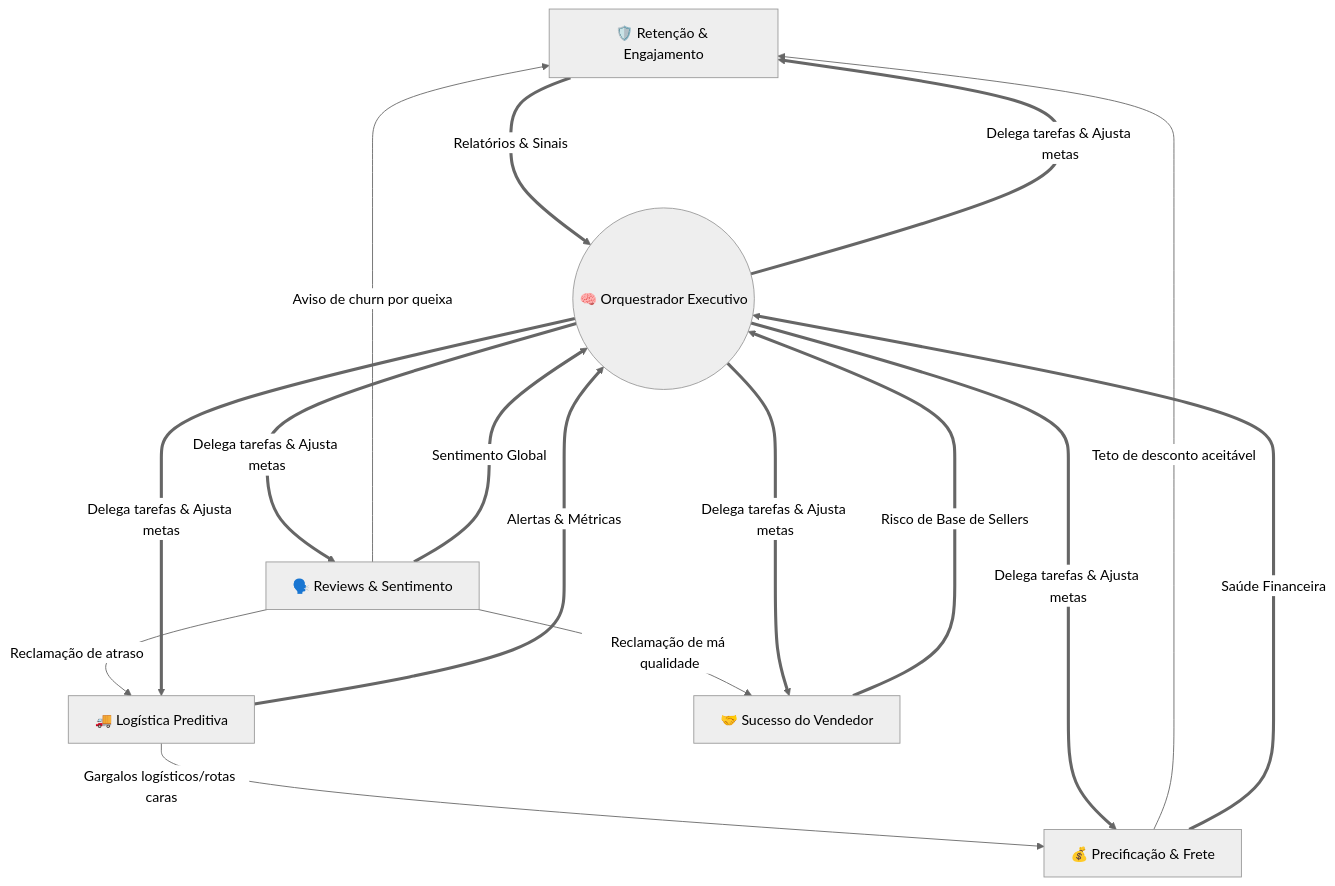
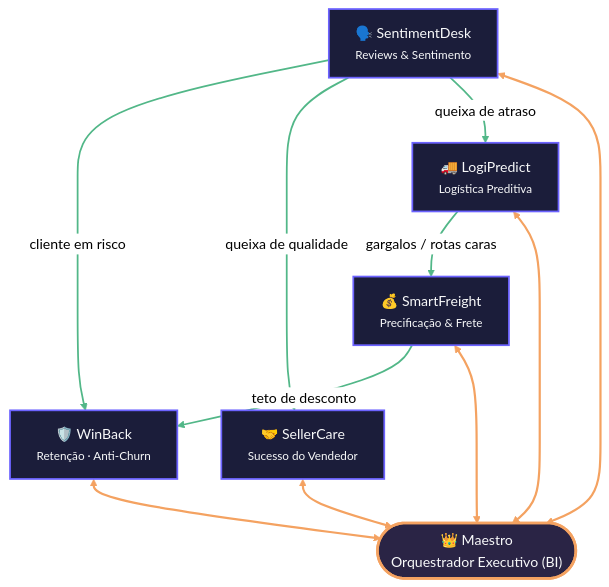
One commit to jorgelpiva/tech-challenge-fiap-agentes-ia changed the diagram in docs/MAPA_AGENTES.md. Above: the diagram before and after it, drawn with Mermaid (neutral theme). The commit also changed other lines of this file and 7 other files, not shown here.

````diff
--- a/docs/MAPA_AGENTES.md
+++ b/docs/MAPA_AGENTES.md
@@ -93,27 +92,30 @@
 ```mermaid
-graph TD
-    A1[🛡️ Retenção & Engajamento]
-    A2[🚚 Logística Preditiva]
-    A3[🗣️ Reviews & Sentimento]
-    A4[🤝 Sucesso do Vendedor]
-    A5[💰 Precificação & Frete]
-    A6((🧠 Orquestrador Executivo))
+flowchart TD
+    A1["🛡️ WinBack<br/><small>Retenção · Anti-Churn</small>"]
+    A2["🚚 LogiPredict<br/><small>Logística Preditiva</small>"]
+    A3["🗣️ SentimentDesk<br/><small>Reviews & Sentimento</small>"]
+    A4["🤝 SellerCare<br/><small>Sucesso do Vendedor</small>"]
+    A5["💰 SmartFreight<br/><small>Precificação & Frete</small>"]
+    A6(["👑 Maestro<br/>Orquestrador Executivo (BI)"])
 
-    A3 -->|Aviso de churn por queixa| A1
-    A3 -->|Reclamação de má qualidade| A4
-    A3 -->|Reclamação de atraso| A2
-    A2 -->|Gargalos logísticos/rotas caras| A5
-    A5 -->|Teto de desconto aceitável| A1
-    
-    A1 ===>|Relatórios & Sinais| A6
-    A2 ===>|Alertas & Métricas| A6
-    A3 ===>|Sentimento Global| A6
-    A4 ===>|Risco de Base de Sellers| A6
-    A5 ===>|Saúde Financeira| A6
-    
-    A6 ===>|Delega tarefas & Ajusta metas| A1
-    A6 ===>|Delega tarefas & Ajusta metas| A2
-    A6 ===>|Delega tarefas & Ajusta metas| A3
-    A6 ===>|Delega tarefas & Ajusta metas| A4
-    A6 ===>|Delega tarefas & Ajusta metas| A5
+    %% Colaboração entre agentes
+    A3 -->|cliente em risco| A1
+    A3 -->|queixa de qualidade| A4
+    A3 -->|queixa de atraso| A2
+    A2 -->|gargalos / rotas caras| A5
+    A5 -->|teto de desconto| A1
+
+    %% Orquestração (bidirecional)
+    A1 <==> A6
+    A2 <==> A6
+    A3 <==> A6
+    A4 <==> A6
+    A5 <==> A6
+
+    classDef esp fill:#1b1d3a,stroke:#6c63ff,stroke-width:2px,color:#f8f9fa;
+    classDef hub fill:#2a2445,stroke:#f4a261,stroke-width:3px,color:#f8f9fa;
+    class A1,A2,A3,A4,A5 esp;
+    class A6 hub;
+    linkStyle 0,1,2,3,4 stroke:#52b788,stroke-width:2px;
+    linkStyle 5,6,7,8,9 stroke:#f4a261,stroke-width:2.5px;
 ```
````
